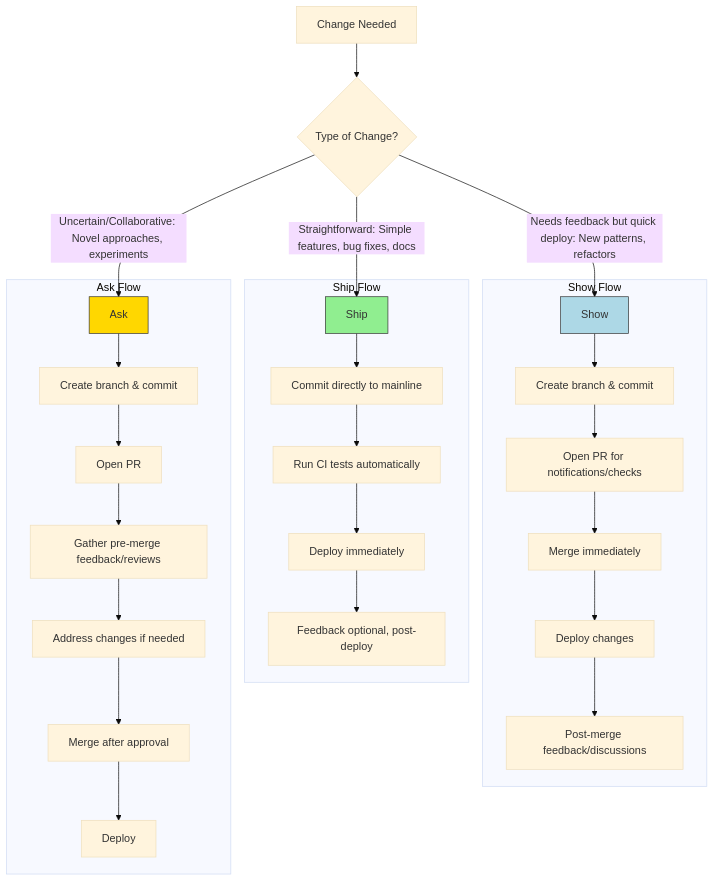
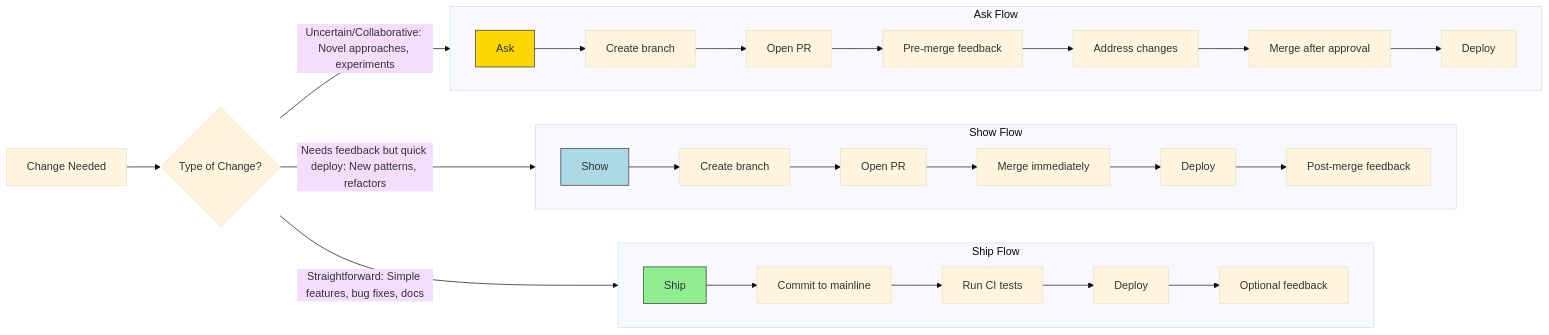
The second of 2 diagrams in _posts/2026-03-15-Why-Pull-Requests-are-not-great.markdown (floriankraemer/floriankraemer.github.io), drawn with Mermaid (base theme) before and after one commit. The commit also changed other lines of this file and 1 other file, not shown here.

Commit message:
Articles

````diff
--- a/_posts/2026-03-15-Why-Pull-Requests-are-not-great.markdown
+++ b/_posts/2026-03-15-Why-Pull-Requests-are-not-great.markdown
@@ -104,36 +106,40 @@
 ```mermaid
-flowchart TD
+flowchart LR
     A[Change Needed] --> B{Type of Change?}
 
     B -->|Straightforward: Simple features, bug fixes, docs| C[Ship]
     B -->|Needs feedback but quick deploy: New patterns, refactors| D[Show]
     B -->|Uncertain/Collaborative: Novel approaches, experiments| E[Ask]
 
     subgraph Ship Flow
-    C --> F[Commit directly to mainline]
-    F --> G[Run CI tests automatically]
-    G --> H[Deploy immediately]
-    H --> I[Feedback optional, post-deploy]
+        direction LR
+        C --> F[Commit to mainline]
+        F --> G[Run CI tests]
+        G --> H[Deploy]
+        H --> I[Optional feedback]
     end
 
     subgraph Show Flow
-    D --> J[Create branch & commit]
-    J --> K[Open PR for notifications/checks]
-    K --> L[Merge immediately]
-    L --> M[Deploy changes]
-    M --> N[Post-merge feedback/discussions]
+        direction LR
+        D --> J[Create branch]
+        J --> K[Open PR]
+        K --> L[Merge immediately]
+        L --> M[Deploy]
+        M --> N[Post-merge feedback]
     end
 
     subgraph Ask Flow
-    E --> O[Create branch & commit]
-    O --> P[Open PR]
-    P --> Q[Gather pre-merge feedback/reviews]
-    Q --> R[Address changes if needed]
-    R --> S[Merge after approval]
-    S --> T[Deploy]
+        direction LR
+        E --> O[Create branch]
+        O --> P[Open PR]
+        P --> Q[Pre-merge feedback]
+        Q --> R[Address changes]
+        R --> S[Merge after approval]
+        S --> T[Deploy]
     end
 
     style C fill:#90EE90,stroke:#333
     style D fill:#ADD8E6,stroke:#333
     style E fill:#FFD700,stroke:#333
+
 ```
````
